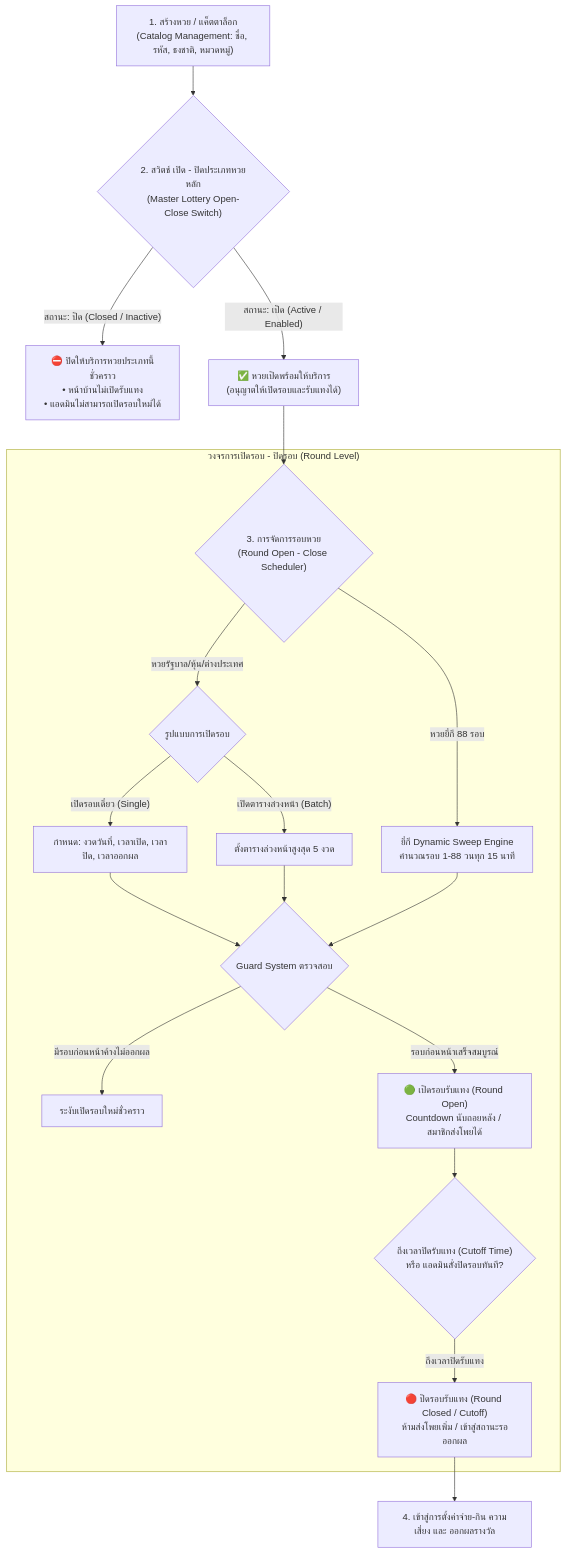
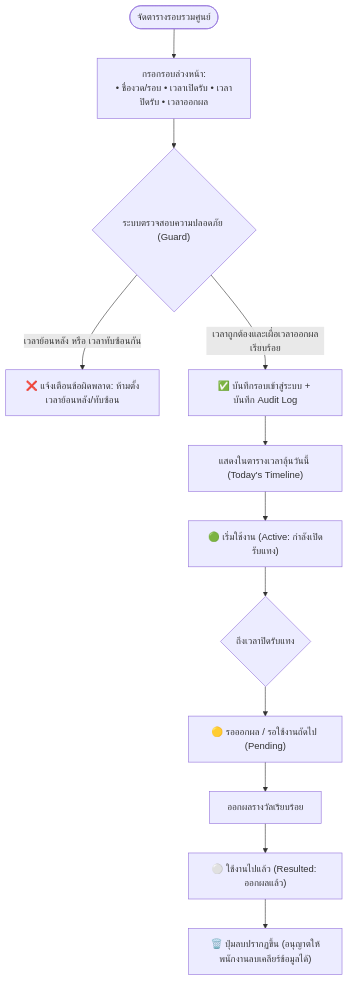
Before and after one commit to ninekau0907151987/-ak88-lotto: the second of 7 diagrams in LOTTERY_CORE_SYSTEM_ARCHITECTURE_DOC.md, drawn with Mermaid. The commit also changed other lines of this file, not shown here.

Commit message:
docs: update core architecture to reflect 3-step risk engine, dual-mode reduction, and live quick cut

````diff
--- a/LOTTERY_CORE_SYSTEM_ARCHITECTURE_DOC.md
+++ b/LOTTERY_CORE_SYSTEM_ARCHITECTURE_DOC.md
@@ -72,26 +95,18 @@
 ```mermaid
 flowchart TD
-    Step1["1. สร้างหวย / แค็ตตาล็อก<br/>(Catalog Management: ชื่อ, รหัส, ธงชาติ, หมวดหมู่)"] --> MasterSwitch{"2. สวิตช์ เปิด - ปิดประเภทหวยหลัก<br/>(Master Lottery Open-Close Switch)"}
+    SchedulerStart(["จัดตารางรอบรวมศูนย์"]) --> SetupForm["กรอกรอบล่วงหน้า:<br/>• ชื่องวด/รอบ • เวลาเปิดรับ • เวลาปิดรับ • เวลาออกผล"]
+    SetupForm --> TimeValidation{"ระบบตรวจสอบความปลอดภัย (Guard)"}
 
-    MasterSwitch -- "สถานะ: ปิด (Closed / Inactive)" --> MasterClosed["⛔ ปิดให้บริการหวยประเภทนี้ชั่วคราว<br/>• หน้าบ้านไม่เปิดรับแทง<br/>• แอดมินไม่สามารถเปิดรอบใหม่ได้"]
-    MasterSwitch -- "สถานะ: เปิด (Active / Enabled)" --> MasterOpen["✅ หวยเปิดพร้อมให้บริการ<br/>(อนุญาตให้เปิดรอบและรับแทงได้)"]
+    TimeValidation -- "เวลาย้อนหลัง หรือ เวลาทับซ้อนกัน" --> RejectSetup["❌ แจ้งเตือนข้อผิดพลาด: ห้ามตั้งเวลาย้อนหลัง/ทับซ้อน"]
+    TimeValidation -- "เวลาถูกต้องและเผื่อเวลาออกผลเรียบร้อย" --> SaveRound["✅ บันทึกรอบเข้าสู่ระบบ + บันทึก Audit Log"]
 
-    MasterOpen --> RoundScheduler{"3. การจัดการรอบหวย<br/>(Round Open - Close Scheduler)"}
+    SaveRound --> ShowTimeline["แสดงในตารางเวลาลุ้นวันนี้ (Today's Timeline)"]
 
-    subgraph RoundLevel["วงจรการเปิดรอบ - ปิดรอบ (Round Level)"]
-        RoundScheduler -- "หวยยี่กี 88 รอบ" --> YK_Sweep["ยี่กี Dynamic Sweep Engine<br/>คำนวณรอบ 1-88 วนทุก 15 นาที"]
-        RoundScheduler -- "หวยรัฐบาล/หุ้น/ต่างประเทศ" --> SetRoundType{"รูปแบบการเปิดรอบ"}
-        
-        SetRoundType -- "เปิดรอบเดี่ยว (Single)" --> SetSingle["กำหนด: งวดวันที่, เวลาเปิด, เวลาปิด, เวลาออกผล"]
-        SetRoundType -- "เปิดตารางล่วงหน้า (Batch)" --> SetBatch["ตั้งตารางล่วงหน้าสูงสุด 5 งวด"]
+    ShowTimeline --> State1["🟢 เริ่มใช้งาน (Active: กำลังเปิดรับแทง)"]
+    State1 --> WaitCutoff{"ถึงเวลาปิดรับแทง"}
+    WaitCutoff --> State2["🟡 รอออกผล / รอใช้งานถัดไป (Pending)"]
+    State2 --> DoResult["ออกผลรางวัลเรียบร้อย"]
+    DoResult --> State3["⚪ ใช้งานไปแล้ว (Resulted: ออกผลแล้ว)"]
 
-        SetSingle & SetBatch & YK_Sweep --> RoundGuard{"Guard System ตรวจสอบ"}
-        RoundGuard -- "มีรอบก่อนหน้าค้างไม่ออกผล" --> BlockRound["ระงับเปิดรอบใหม่ชั่วคราว"]
-        RoundGuard -- "รอบก่อนหน้าเสร็จสมบูรณ์" --> OpenRound["🟢 เปิดรอบรับแทง (Round Open)<br/>Countdown นับถอยหลัง / สมาชิกส่งโพยได้"]
-
-        OpenRound --> CheckCutoff{"ถึงเวลาปิดรับแทง (Cutoff Time)<br/>หรือ แอดมินสั่งปิดรอบทันที?"}
-        CheckCutoff -- "ถึงเวลาปิดรับแทง" --> CloseRound["🔴 ปิดรอบรับแทง (Round Closed / Cutoff)<br/>ห้ามส่งโพยเพิ่ม / เข้าสู่สถานะรอออกผล"]
-    end
-
-    CloseRound --> Step4["4. เข้าสู่การตั้งค่าจ่าย-กิน ความเสี่ยง และ ออกผลรางวัล"]
+    State3 --> DeletePermitted["🗑️ ปุ่มลบปรากฏขึ้น (อนุญาตให้พนักงานลบเคลียร์ข้อมูลได้)"]
 ```
````
